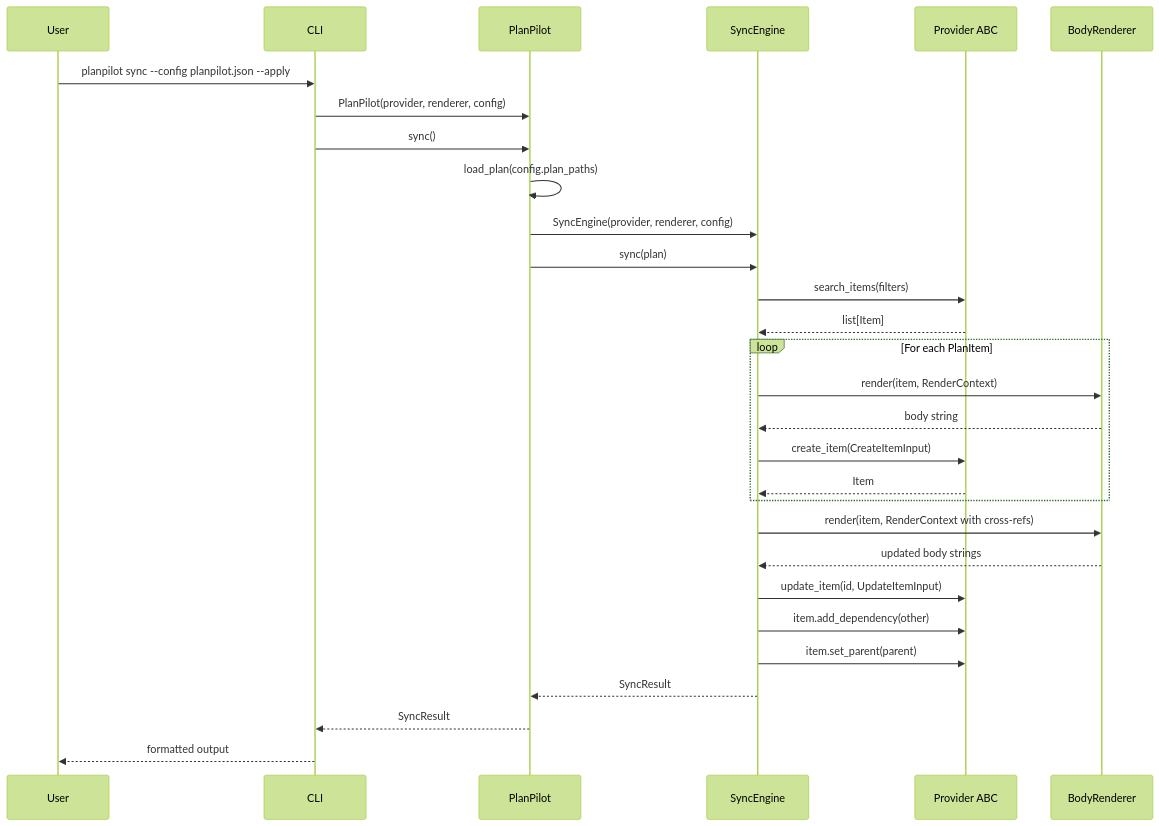
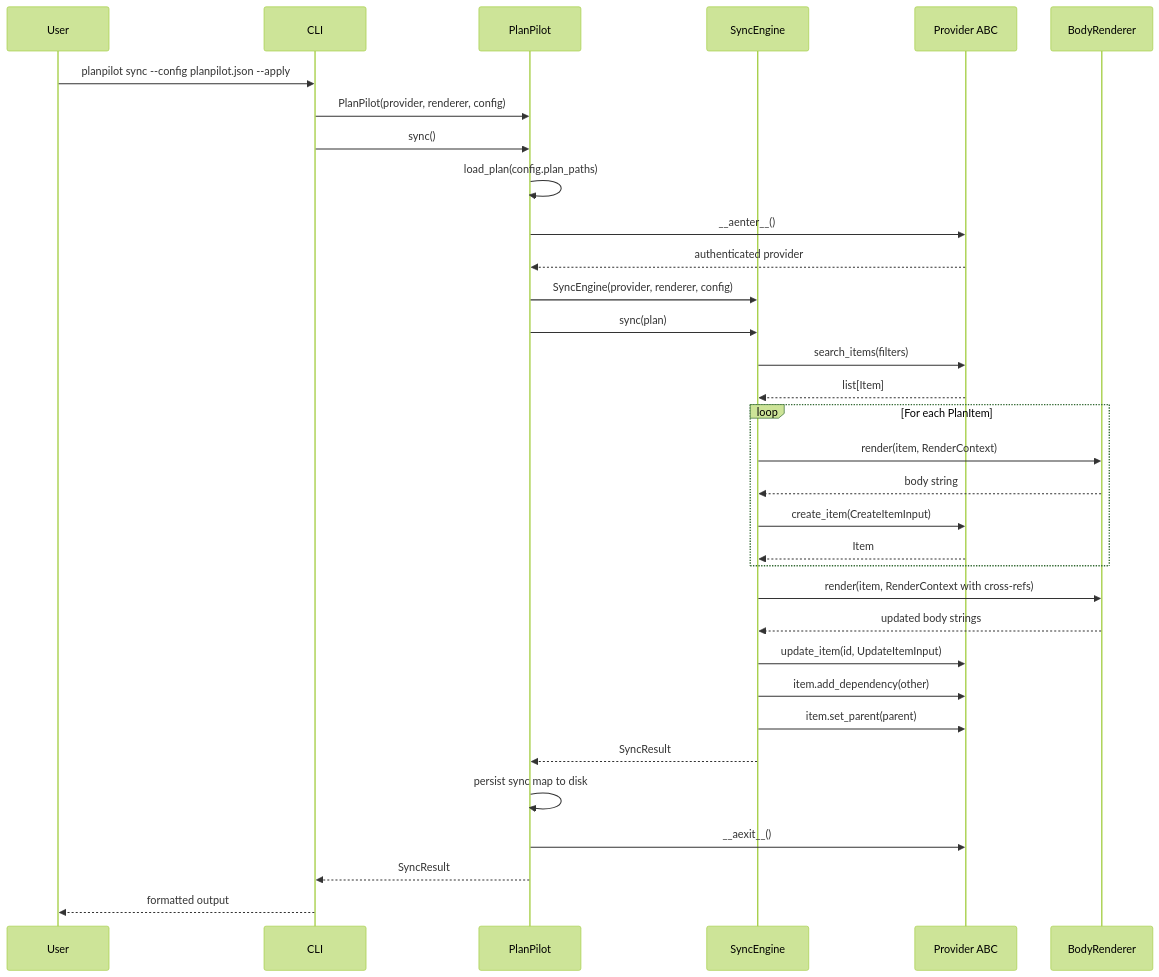
One commit to aryeko/planpilot changed the third of 3 diagrams in docs/v2/architecture.md. Above: the diagram before and after it, drawn with Mermaid (forest theme). The commit also changed other lines of this file and 3 other files, not shown here.

First line of the commit message:
docs: fix v2 architecture design issues from review

````diff
--- a/docs/v2/architecture.md
+++ b/docs/v2/architecture.md
@@ -428,37 +438,42 @@
 ```mermaid
 sequenceDiagram
     participant User
     participant CLI
     participant SDK as PlanPilot
     participant Engine as SyncEngine
     participant Provider as Provider ABC
     participant Renderer as BodyRenderer
 
     User->>CLI: planpilot sync --config planpilot.json --apply
     CLI->>SDK: PlanPilot(provider, renderer, config)
     CLI->>SDK: sync()
     SDK->>SDK: load_plan(config.plan_paths)
+    SDK->>Provider: __aenter__()
+    Provider-->>SDK: authenticated provider
+
     SDK->>Engine: SyncEngine(provider, renderer, config)
     SDK->>Engine: sync(plan)
 
     Engine->>Provider: search_items(filters)
     Provider-->>Engine: list[Item]
 
     loop For each PlanItem
         Engine->>Renderer: render(item, RenderContext)
         Renderer-->>Engine: body string
         Engine->>Provider: create_item(CreateItemInput)
         Provider-->>Engine: Item
     end
 
     Engine->>Renderer: render(item, RenderContext with cross-refs)
     Renderer-->>Engine: updated body strings
     Engine->>Provider: update_item(id, UpdateItemInput)
 
     Engine->>Provider: item.add_dependency(other)
     Engine->>Provider: item.set_parent(parent)
 
     Engine-->>SDK: SyncResult
+    SDK->>SDK: persist sync map to disk
+    SDK->>Provider: __aexit__()
     SDK-->>CLI: SyncResult
     CLI-->>User: formatted output
 ```
````
